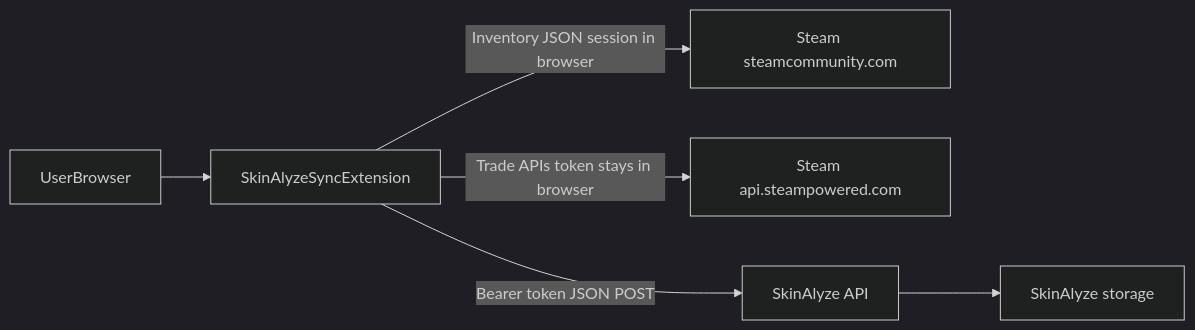
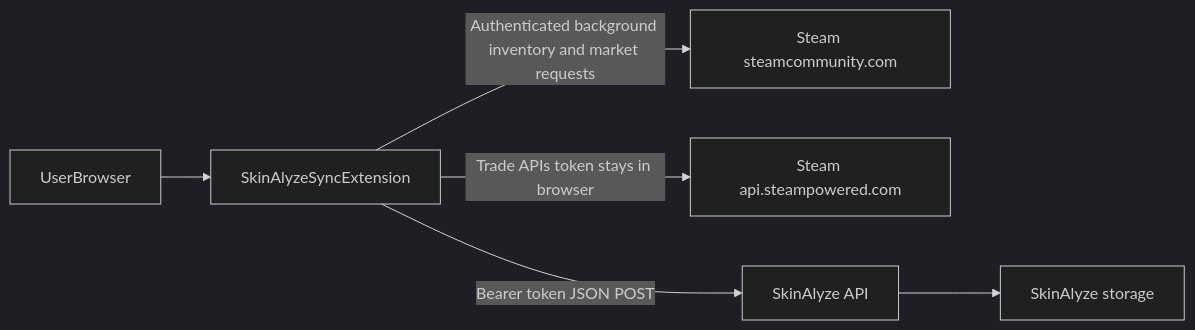
The diagram in docs/data-flow.md (SkinAlyze-app/skinalyze-steam-sync), drawn with Mermaid (dark theme) before and after one commit. The commit also changed other lines of this file and 26 other files, not shown here.

````diff
--- a/docs/data-flow.md
+++ b/docs/data-flow.md
@@ -5,15 +5,15 @@
 ```mermaid
 flowchart LR
   userBrowser["UserBrowser"]
   steamPages["Steam steamcommunity.com"]
   steamApi["Steam api.steampowered.com"]
   extension["SkinAlyzeSyncExtension"]
   skinApi["SkinAlyze API"]
   skinDb["SkinAlyze storage"]
 
   userBrowser --> extension
-  extension -->|"Inventory JSON session in browser"| steamPages
+  extension -->|"Authenticated background inventory and market requests"| steamPages
   extension -->|"Trade APIs token stays in browser"| steamApi
   extension -->|"Bearer token JSON POST"| skinApi
   skinApi --> skinDb
 ```
````
